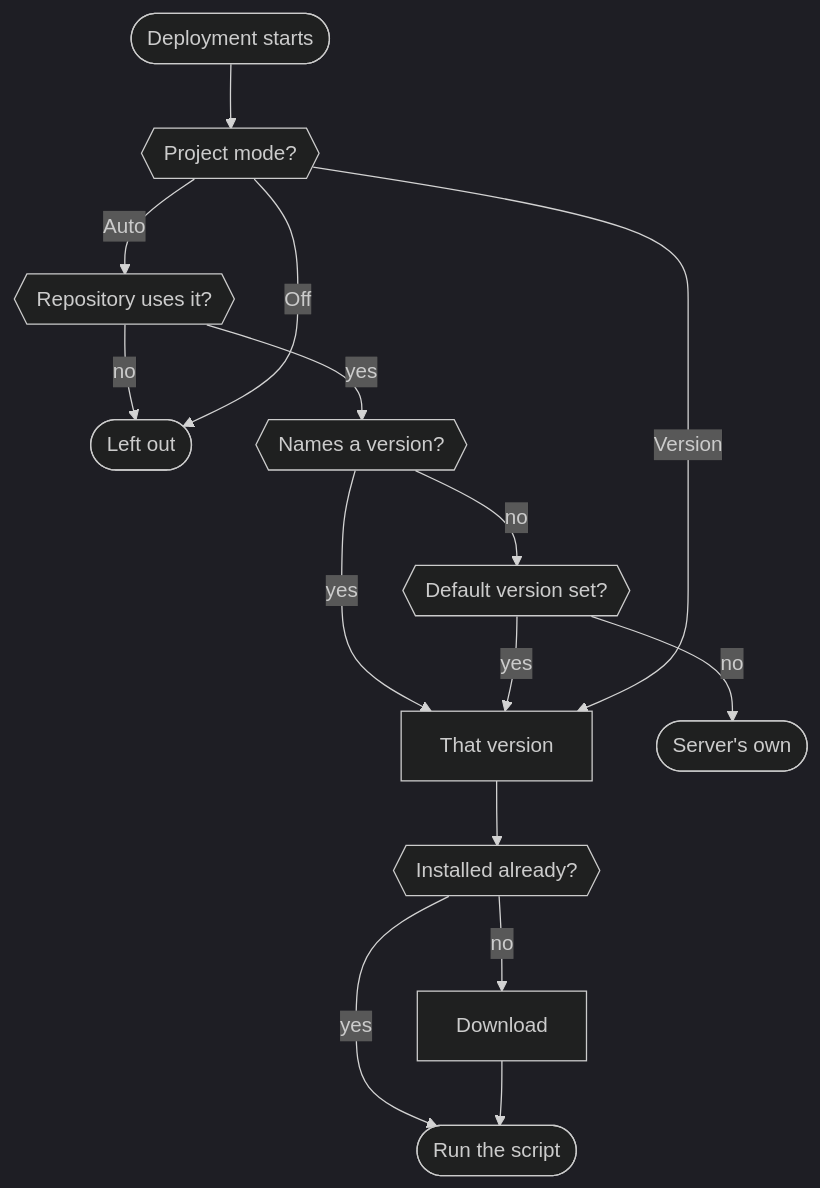
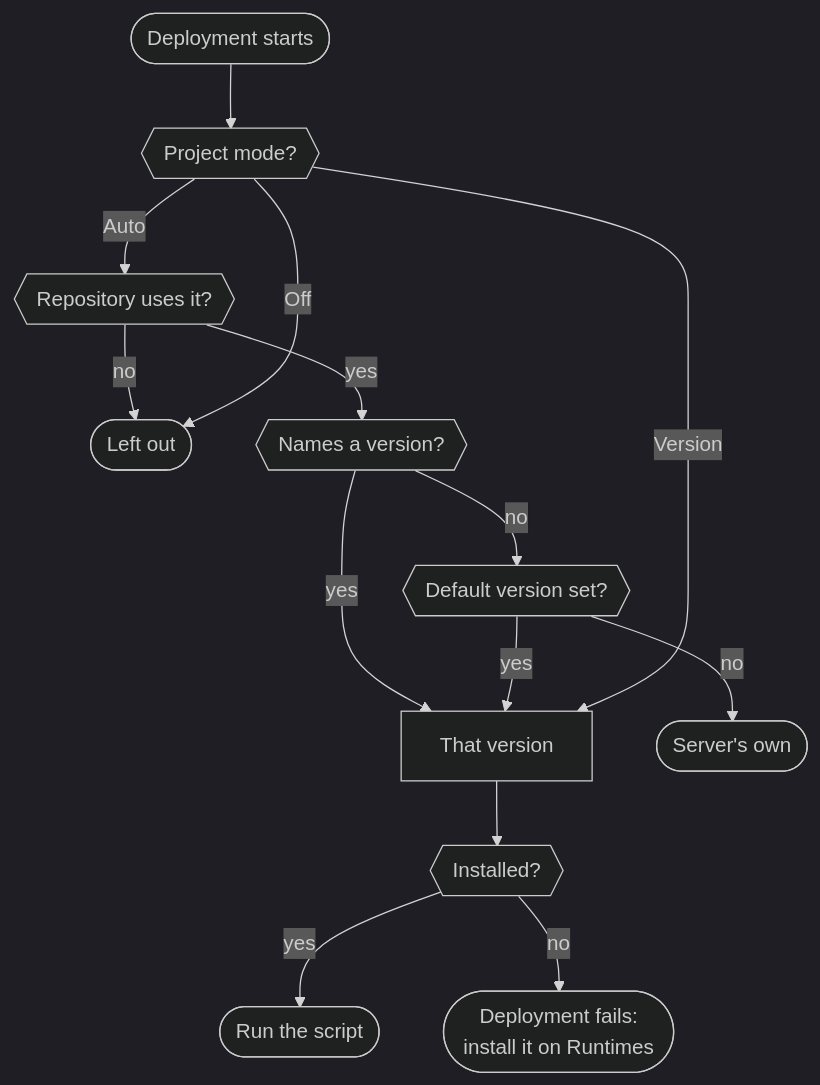
One commit to Degovan/degoploy changed the diagram in docs/guide/runtimes.md. Above: the diagram before and after it, drawn with Mermaid (dark theme). The commit also changed other lines of this file and 17 other files, not shown here.

````diff
--- a/docs/guide/runtimes.md
+++ b/docs/guide/runtimes.md
@@ -38,20 +43,21 @@
 ```mermaid
 flowchart TB
     A([Deployment starts]) --> B{{Project mode?}}
     B -- Auto --> C{{Repository uses it?}}
     C -- no --> N([Left out])
     C -- yes --> V{{Names a version?}}
     V -- yes --> E[That version]
     V -- no --> D{{Default version set?}}
     D -- yes --> E
     D -- no --> S([Server's own])
     B -- Version --> E
     B -- Off --> N
-    E --> F{{Installed already?}}
+    E --> F{{Installed?}}
     F -- yes --> G([Run the script])
-    F -- no --> H[Download] --> G
+    F -- no --> H([Deployment fails:<br/>install it on Runtimes])
     class A start
     class G ok
+    class H bad
     class N muted
     class S muted
 ```
````
